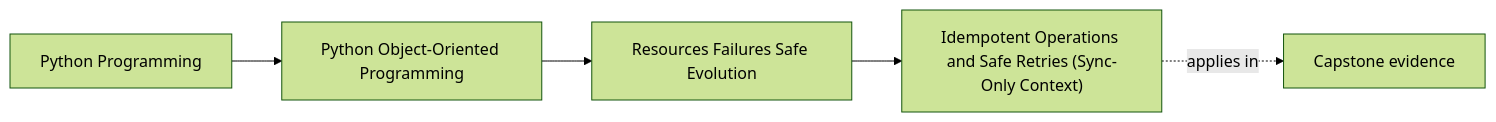
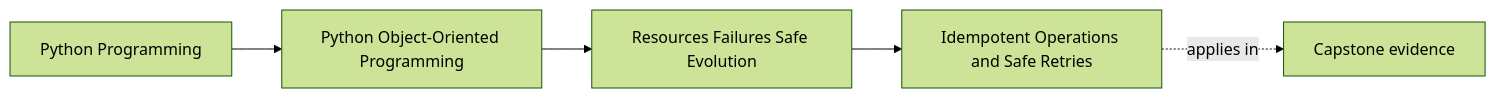
The first of 2 diagrams in programs/python-programming/python-object-oriented-programming/course-book/module-05-resources-failures-safe-evolution/idempotent-operations-and-safe-retries.md (bijux/bijux-masterclass), drawn with Mermaid (forest theme) before and after one commit. The commit also changed other lines of this file, not shown here.

````diff
--- a/programs/python-programming/python-object-oriented-programming/course-book/module-05-resources-failures-safe-evolution/idempotent-operations-and-safe-retries.md
+++ b/programs/python-programming/python-object-oriented-programming/course-book/module-05-resources-failures-safe-evolution/idempotent-operations-and-safe-retries.md
@@ -7,11 +6,11 @@
 ```mermaid
 graph LR
   family["Python Programming"]
   program["Python Object-Oriented Programming"]
   section["Resources Failures Safe Evolution"]
-  page["Idempotent Operations and Safe Retries (Sync-Only Context)"]
+  page["Idempotent Operations and Safe Retries"]
   capstone["Capstone evidence"]
 
   family --> program --> section --> page
   page -.applies in.-> capstone
 ```
````
